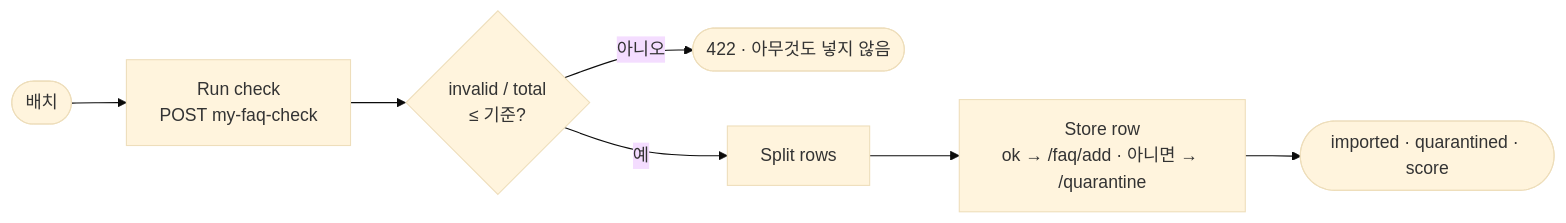
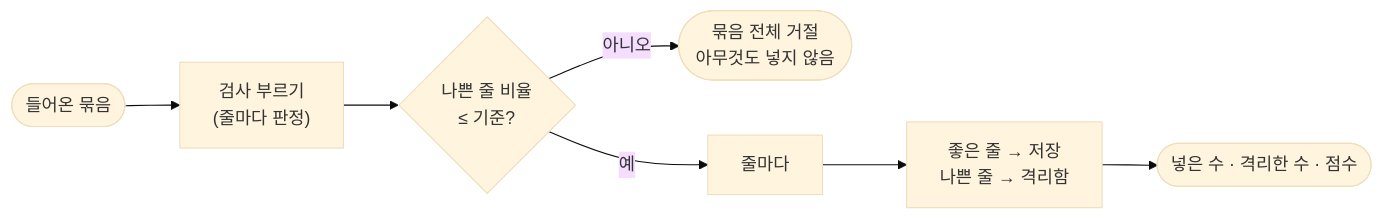
The second of 2 diagrams in Lecture/78/02-STAGE2-QUALITY-GATE.md (haedeuncha/aio-01d4-stu), drawn with Mermaid (base theme) before and after one commit. The commit also changed other lines of this file and 5 other files, not shown here.

````diff
--- a/Lecture/78/02-STAGE2-QUALITY-GATE.md
+++ b/Lecture/78/02-STAGE2-QUALITY-GATE.md
@@ -45,6 +45,6 @@
 ```mermaid
 flowchart LR
-  W(["배치"]) --> C["Run check<br/>POST my-faq-check"] --> G{"invalid / total<br/>≤ 기준?"}
-  G -->|아니오| R(["422 · 아무것도 넣지 않음"])
-  G -->|예| S["Split rows"] --> D["Store row<br/>ok → /faq/add · 아니면 → /quarantine"] --> M(["imported · quarantined · score"])
+  W(["들어온 묶음"]) --> C["검사 부르기<br/>(줄마다 판정)"] --> G{"나쁜 줄 비율<br/>≤ 기준?"}
+  G -->|아니오| R(["묶음 전체 거절<br/>아무것도 넣지 않음"])
+  G -->|예| S["줄마다"] --> D["좋은 줄 → 저장<br/>나쁜 줄 → 격리함"] --> M(["넣은 수 · 격리한 수 · 점수"])
 ```
````
